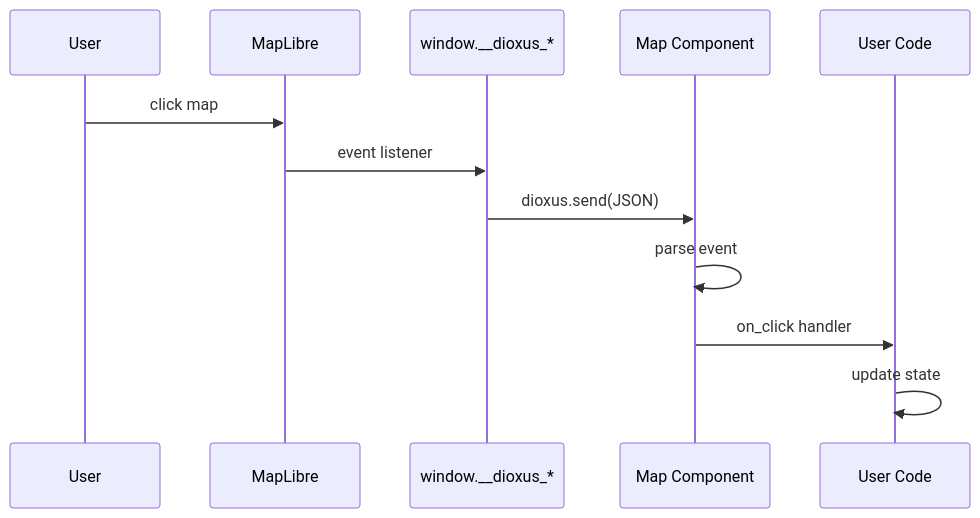
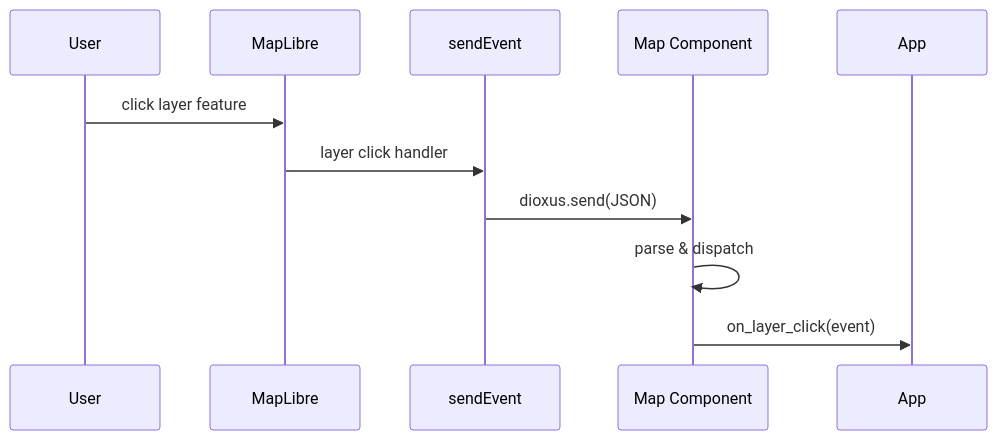
The fourth of 4 diagrams in docs/CODEBASE_MAP.md (Nevaberry/dioxus-maplibre), drawn with Mermaid before and after one commit. The commit also changed other lines of this file and 59 other files, not shown here.

````diff
--- a/docs/CODEBASE_MAP.md
+++ b/docs/CODEBASE_MAP.md
@@ -281,15 +263,14 @@
 ```mermaid
 sequenceDiagram
     participant User
     participant ML as MapLibre
-    participant Global as window.__dioxus_*
+    participant Global as sendEvent
     participant Map as Map Component
-    participant App as User Code
+    participant App
 
-    User->>ML: click map
-    ML->>Global: event listener
+    User->>ML: click layer feature
+    ML->>Global: layer click handler
     Global->>Map: dioxus.send(JSON)
-    Map->>Map: parse event
-    Map->>App: on_click handler
-    App->>App: update state
+    Map->>Map: parse & dispatch
+    Map->>App: on_layer_click(event)
 ```
````
